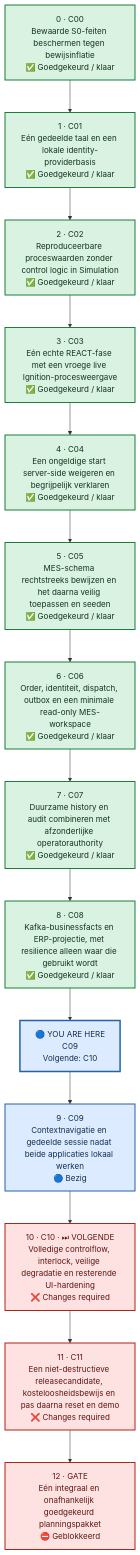
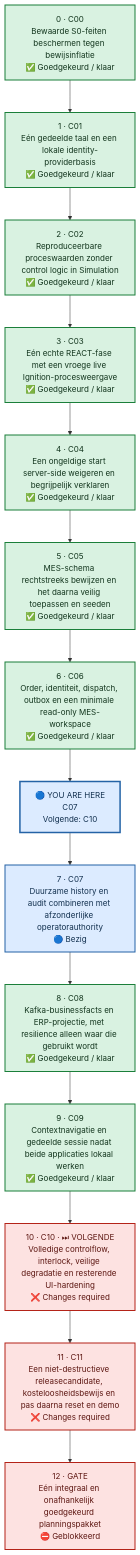
The second of 2 diagrams in README.md (Jandesch91/n1-bioforge-requirements-cockpit), drawn with Mermaid before and after one commit. The commit also changed other lines of this file and 3 other files, not shown here.

````diff
--- a/README.md
+++ b/README.md
@@ -50,41 +50,41 @@
 ```mermaid
 %%{init: {"flowchart": {"curve": "linear", "nodeSpacing": 55, "rankSpacing": 65, "htmlLabels": true}}}%%
 flowchart TB
     %% One vertical lane: order is explicit and no dependency arrows cross.
     chunk_0["0 · C00<br/>Bewaarde S0-feiten beschermen tegen bewijsinflatie<br/>✅ Goedgekeurd / klaar"]
     chunk_1["1 · C01<br/>Eén gedeelde taal en een lokale identity-providerbasis<br/>✅ Goedgekeurd / klaar"]
     chunk_2["2 · C02<br/>Reproduceerbare proceswaarden zonder control logic in Simulation<br/>✅ Goedgekeurd / klaar"]
     chunk_3["3 · C03<br/>Eén echte REACT-fase met een vroege live Ignition-procesweergave<br/>✅ Goedgekeurd / klaar"]
     chunk_4["4 · C04<br/>Een ongeldige start server-side weigeren en begrijpelijk verklaren<br/>✅ Goedgekeurd / klaar"]
     chunk_5["5 · C05<br/>MES-schema rechtstreeks bewijzen en het daarna veilig toepassen en seeden<br/>✅ Goedgekeurd / klaar"]
     chunk_6["6 · C06<br/>Order, identiteit, dispatch, outbox en een minimale read-only MES-workspace<br/>✅ Goedgekeurd / klaar"]
-    chunk_7["7 · C07<br/>Duurzame history en audit combineren met afzonderlijke operatorauthority<br/>✅ Goedgekeurd / klaar"]
+    chunk_7["7 · C07<br/>Duurzame history en audit combineren met afzonderlijke operatorauthority<br/>🔵 Bezig"]
     chunk_8["8 · C08<br/>Kafka-businessfacts en ERP-projectie, met resilience alleen waar die gebruikt wordt<br/>✅ Goedgekeurd / klaar"]
-    chunk_9["9 · C09<br/>Contextnavigatie en gedeelde sessie nadat beide applicaties lokaal werken<br/>🔵 Bezig"]
+    chunk_9["9 · C09<br/>Contextnavigatie en gedeelde sessie nadat beide applicaties lokaal werken<br/>✅ Goedgekeurd / klaar"]
     chunk_10["10 · C10 · ⏭ VOLGENDE<br/>Volledige controlflow, interlock, veilige degradatie en resterende UI-hardening<br/>❌ Changes required"]
     chunk_11["11 · C11<br/>Een niet-destructieve releasecandidate, kosteloosheidsbewijs en pas daarna reset en demo<br/>❌ Changes required"]
     chunk_12["12 · GATE<br/>Eén integraal en onafhankelijk goedgekeurd planningspakket<br/>⛔ Geblokkeerd"]
-    current_marker["🔵 YOU ARE HERE<br/>C09<br/>Volgende: C10"]
-    chunk_0 --> chunk_1 --> chunk_2 --> chunk_3 --> chunk_4 --> chunk_5 --> chunk_6 --> chunk_7 --> chunk_8 --> current_marker --> chunk_9 --> chunk_10 --> chunk_11 --> chunk_12
+    current_marker["🔵 YOU ARE HERE<br/>C07<br/>Volgende: C10"]
+    chunk_0 --> chunk_1 --> chunk_2 --> chunk_3 --> chunk_4 --> chunk_5 --> chunk_6 --> current_marker --> chunk_7 --> chunk_8 --> chunk_9 --> chunk_10 --> chunk_11 --> chunk_12
     classDef approved fill:#D9F2E1,stroke:#1B7F3A,color:#12351D,stroke-width:2px
     classDef inprogress fill:#DCEBFF,stroke:#2463A6,color:#12304F,stroke-width:2px
     classDef human fill:#FFF2BF,stroke:#A66B00,color:#4D3300,stroke-width:2px
     classDef changes fill:#FDE2E1,stroke:#B42318,color:#5D1712,stroke-width:2px
     classDef blocked fill:#FDE2E1,stroke:#B42318,color:#5D1712,stroke-width:2px
     classDef notstarted fill:#F2F4F7,stroke:#667085,color:#344054,stroke-width:2px
     classDef current fill:#DCEBFF,stroke:#2463A6,color:#12304F,stroke-width:3px
     class chunk_0 approved
     class chunk_1 approved
     class chunk_2 approved
     class chunk_3 approved
     class chunk_4 approved
     class chunk_5 approved
     class chunk_6 approved
-    class chunk_7 approved
+    class chunk_7 inprogress
     class chunk_8 approved
-    class chunk_9 inprogress
+    class chunk_9 approved
     class chunk_10 changes
     class chunk_11 changes
     class chunk_12 blocked
     class current_marker current
 ```
````
